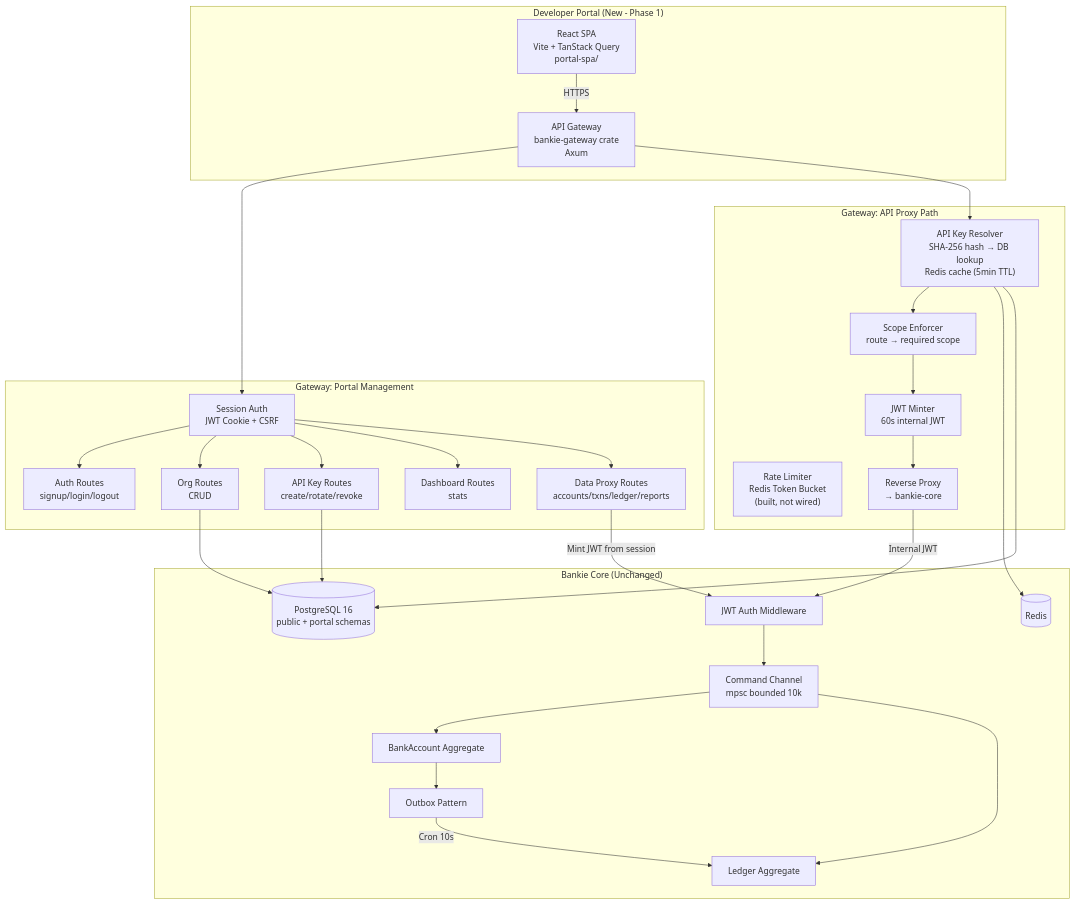
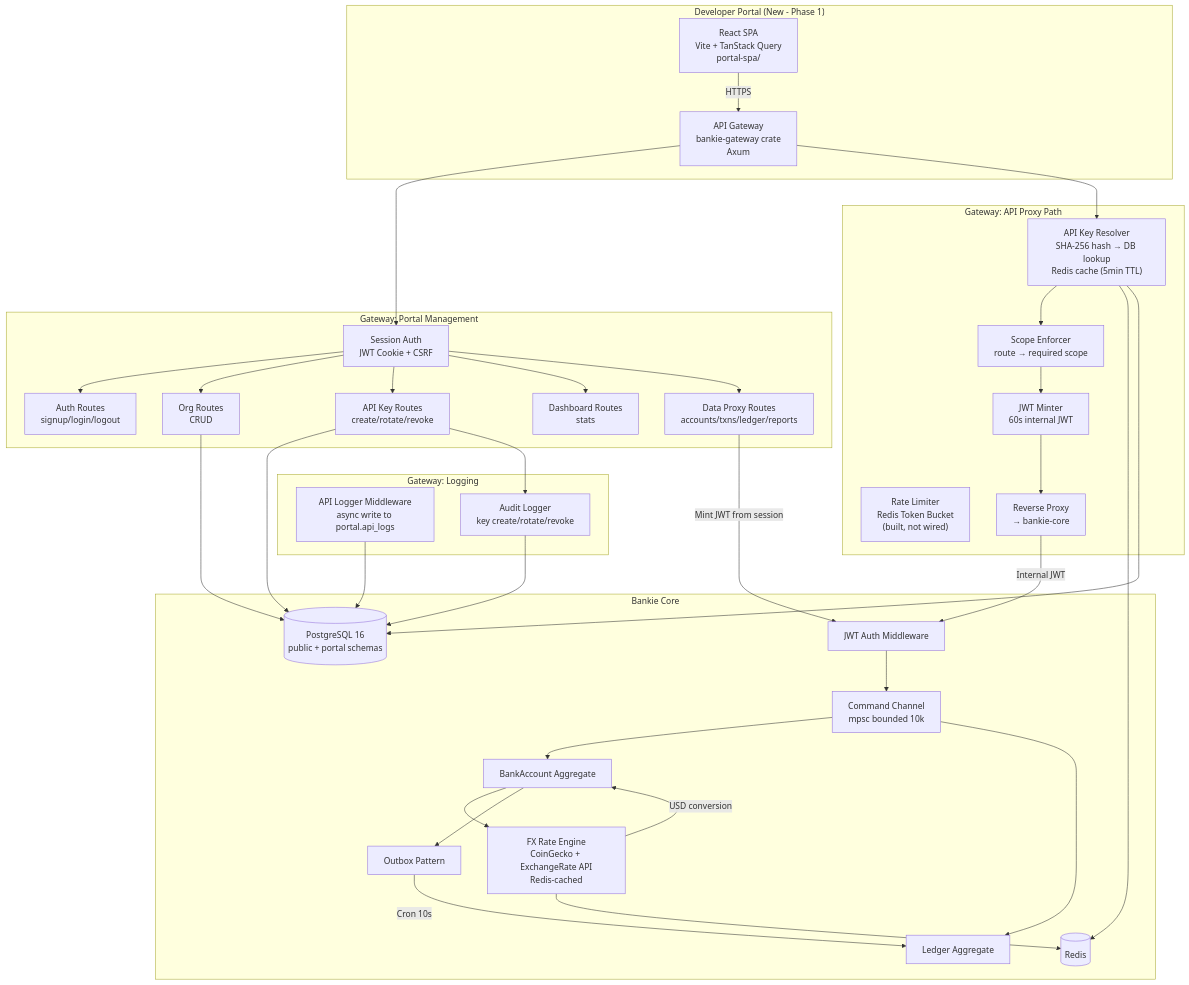
Before and after one commit to samwang0723/bankie: the first of 2 diagrams in docs/dev-portal-prd.md, drawn with Mermaid. The commit also changed other lines of this file and 3 other files, not shown here.

````diff
--- a/docs/dev-portal-prd.md
+++ b/docs/dev-portal-prd.md
@@ -90,59 +93,71 @@
 ```mermaid
 graph TB
     subgraph "Developer Portal (New - Phase 1)"
         SPA["React SPA<br/>Vite + TanStack Query<br/>portal-spa/"]
         GW["API Gateway<br/>bankie-gateway crate<br/>Axum"]
     end
 
     subgraph "Gateway: Portal Management"
         SA[Session Auth<br/>JWT Cookie + CSRF]
         AUTH_R["Auth Routes<br/>signup/login/logout"]
         ORG_R["Org Routes<br/>CRUD"]
         KEY_R["API Key Routes<br/>create/rotate/revoke"]
         DASH_R["Dashboard Routes<br/>stats"]
         DATA_P["Data Proxy Routes<br/>accounts/txns/ledger/reports"]
     end
 
     subgraph "Gateway: API Proxy Path"
         AKR["API Key Resolver<br/>SHA-256 hash → DB lookup<br/>Redis cache (5min TTL)"]
         SE["Scope Enforcer<br/>route → required scope"]
         RL["Rate Limiter<br/>Redis Token Bucket<br/>(built, not wired)"]
         JM["JWT Minter<br/>60s internal JWT"]
         PX["Reverse Proxy<br/>→ bankie-core"]
     end
 
-    subgraph "Bankie Core (Unchanged)"
+    subgraph "Gateway: Logging"
+        AL["API Logger Middleware<br/>async write to portal.api_logs"]
+        AUL["Audit Logger<br/>key create/rotate/revoke"]
+    end
+
+    subgraph "Bankie Core"
         CORE_AUTH["JWT Auth Middleware"]
         CMD["Command Channel<br/>mpsc bounded 10k"]
         BA["BankAccount Aggregate"]
         LG["Ledger Aggregate"]
         OB["Outbox Pattern"]
+        FX["FX Rate Engine<br/>CoinGecko + ExchangeRate API<br/>Redis-cached"]
         DB[(PostgreSQL 16<br/>public + portal schemas)]
         RD[(Redis)]
     end
 
     SPA -->|HTTPS| GW
     GW --> SA
     SA --> AUTH_R
     SA --> ORG_R
     SA --> KEY_R
     SA --> DASH_R
     SA --> DATA_P
     DATA_P -->|Mint JWT from session| CORE_AUTH
 
     GW --> AKR
     AKR --> SE
     SE --> JM
     JM --> PX
     PX -->|Internal JWT| CORE_AUTH
 
     CORE_AUTH --> CMD
     CMD --> BA
     CMD --> LG
+    BA --> FX
+    FX -->|USD conversion| BA
     BA --> OB
     OB -->|Cron 10s| LG
     AKR --> RD
     AKR --> DB
     KEY_R --> DB
+    KEY_R --> AUL
+    AUL --> DB
+    AL --> DB
     ORG_R --> DB
+    FX --> RD
 ```
````
